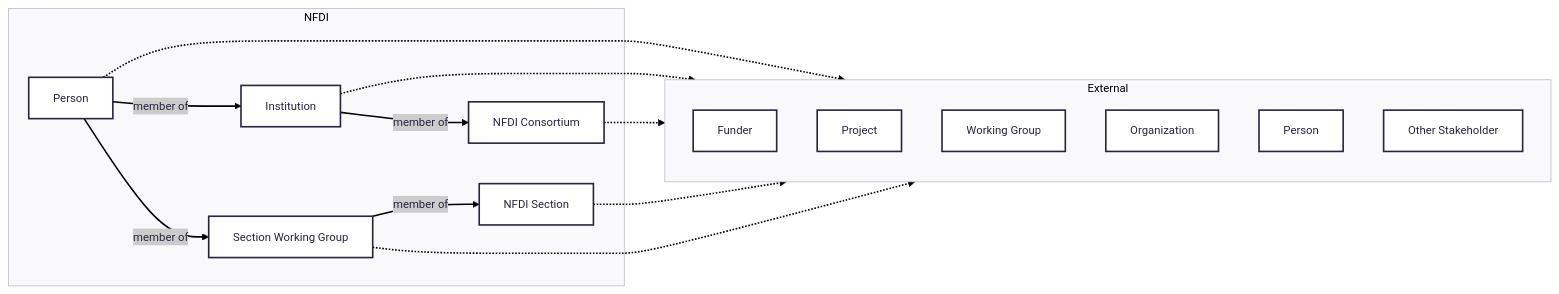
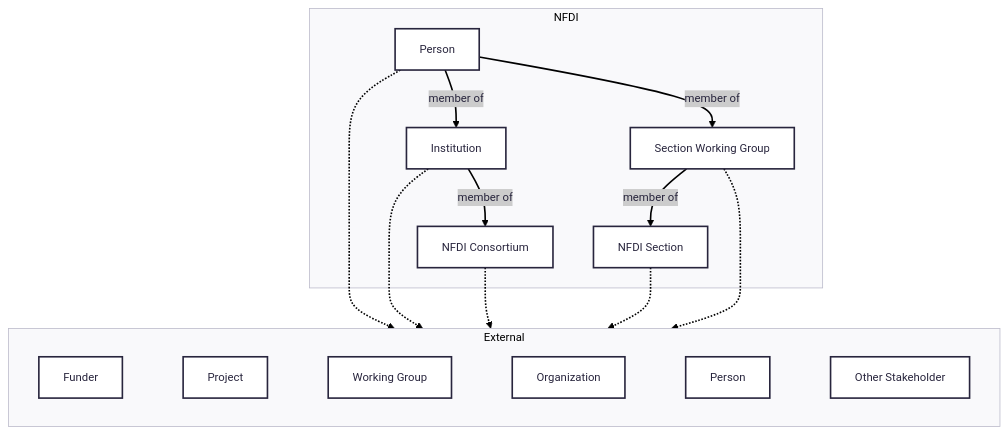
Before and after one commit to nfdi-de/section-int-wg-landscape: the diagram in README.md, drawn with Mermaid.

Commit message:
Update schematic diagram

````diff
--- a/README.md
+++ b/README.md
@@ -11,27 +11,30 @@
 ```mermaid
 ---
 config:
       theme: redux
 ---
-graph LR
+graph TB
     
     internalPerson[Person] -.-> external
     internalInstitution[Institution] -.->  external
     internalConsortium[NFDI Consortium] -.-> external
     internalSection[NFDI Section] -.-> external
     internalWG[Section Working Group] -.-> external
 
     subgraph external [External]
         funder[Funder]
         project[Project]
         workingGroup[Working Group]
         organization[Organization]
         externalPerson[Person]
         externalOther[Other Stakeholder]
+        
+        funder ~~~ project ~~~ workingGroup ~~~ organization ~~~ externalPerson~~~ externalOther
+        
     end
 
     subgraph internal [NFDI]
         internalPerson -- member of --> internalInstitution -- member of --> internalConsortium
         internalPerson -- member of --> internalWG -- member of --> internalSection
     end
 ```
````
